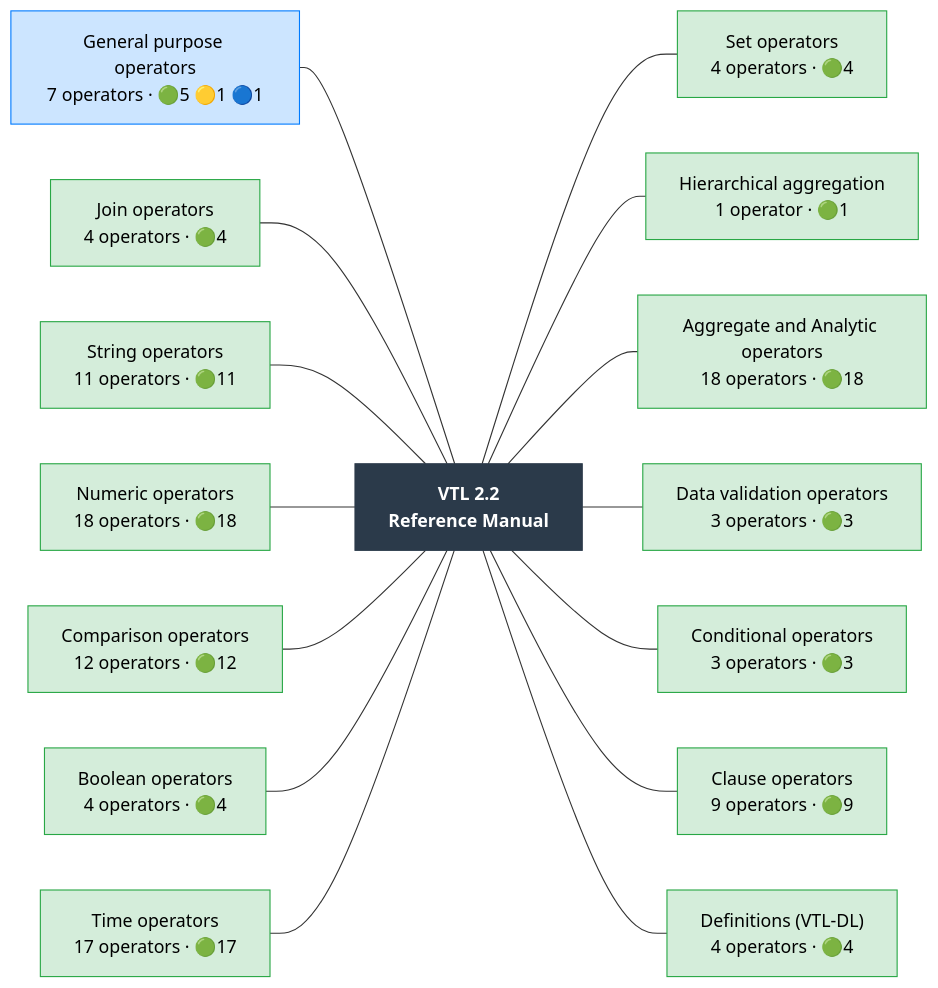
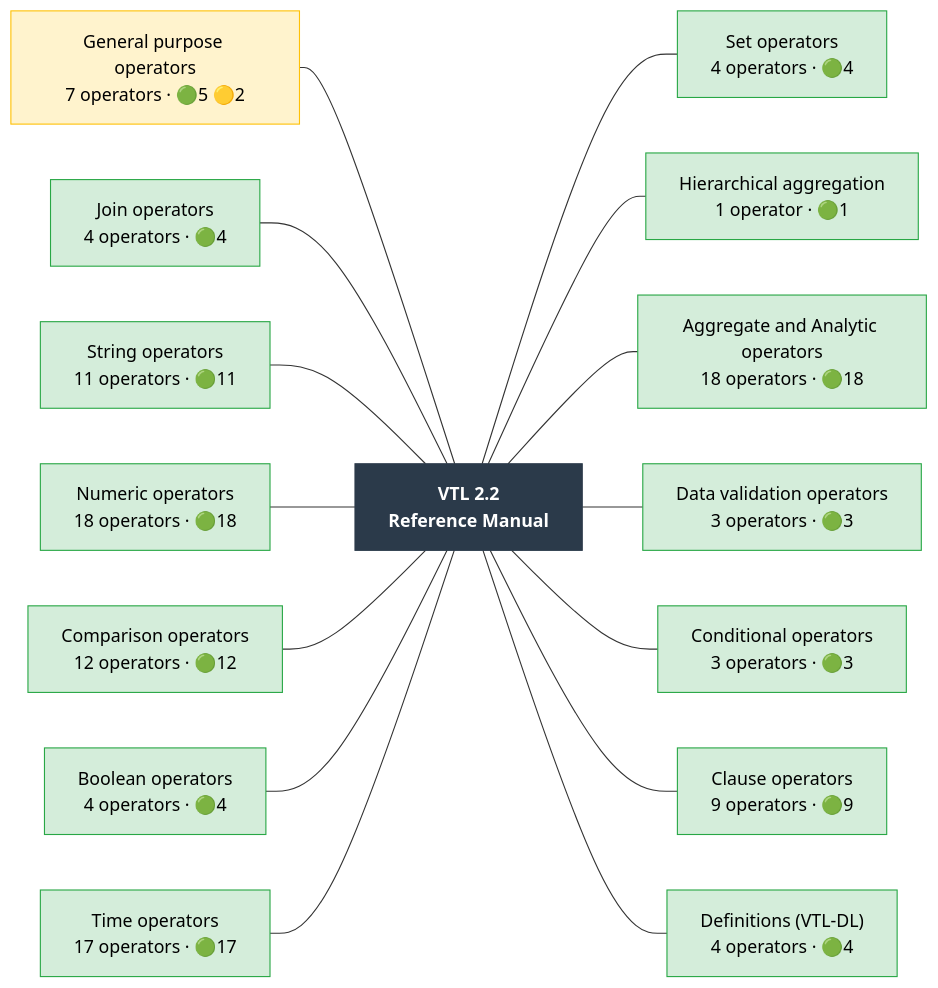
One commit to Meaningful-Data/vtlengine changed the diagram in docs/operator_map/overview.rst. Above: the diagram before and after it, drawn with Mermaid. The commit also changed other lines of this file and 86 other files, not shown here.

```diff
--- a/docs/operator_map/overview.rst
+++ b/docs/operator_map/overview.rst
@@ -17,54 +17,54 @@
 .. mermaid::
    :config: {"flowchart": {"useMaxWidth": false}}
 
    flowchart LR
        classDef ok fill:#d4edda,stroke:#28a745,color:#000
        classDef partial fill:#fff3cd,stroke:#ffc107,color:#000
        classDef refused fill:#d4edda,stroke:#28a745,stroke-width:3px,stroke-dasharray: 2 2,color:#000
        classDef missing fill:#f8d7da,stroke:#dc3545,color:#000
        classDef diverge fill:#cce5ff,stroke:#007bff,color:#000
        classDef block fill:#2b3a4a,stroke:#2b3a4a,color:#fff,font-weight:bold
        classDef ext fill:#fff,stroke:#666,color:#000,stroke-dasharray: 5 5
        R["VTL 2.2<br/>Reference Manual"]:::block
-       chapter__general["General purpose operators<br/>7 operators · 🟢5 🟡1 🔵1"]:::diverge
+       chapter__general["General purpose operators<br/>7 operators · 🟢5 🟡2"]:::partial
        chapter__join["Join operators<br/>4 operators · 🟢4"]:::ok
        chapter__string["String operators<br/>11 operators · 🟢11"]:::ok
        chapter__numeric["Numeric operators<br/>18 operators · 🟢18"]:::ok
        chapter__comparison["Comparison operators<br/>12 operators · 🟢12"]:::ok
        chapter__boolean["Boolean operators<br/>4 operators · 🟢4"]:::ok
        chapter__time["Time operators<br/>17 operators · 🟢17"]:::ok
        chapter__set["Set operators<br/>4 operators · 🟢4"]:::ok
        chapter__hierarchy["Hierarchical aggregation<br/>1 operator · 🟢1"]:::ok
        chapter__aggregate["Aggregate and Analytic operators<br/>18 operators · 🟢18"]:::ok
        chapter__validation["Data validation operators<br/>3 operators · 🟢3"]:::ok
        chapter__conditional["Conditional operators<br/>3 operators · 🟢3"]:::ok
        chapter__clause["Clause operators<br/>9 operators · 🟢9"]:::ok
        chapter__definitions["Definitions (VTL-DL)<br/>4 operators · 🟢4"]:::ok
        chapter__general --- R
        chapter__join --- R
        chapter__string --- R
        chapter__numeric --- R
        chapter__comparison --- R
        chapter__boolean --- R
        chapter__time --- R
        R --- chapter__set
        R --- chapter__hierarchy
        R --- chapter__aggregate
        R --- chapter__validation
        R --- chapter__conditional
        R --- chapter__clause
        R --- chapter__definitions
        click chapter__general href "general/index.html"
        click chapter__join href "join/index.html"
        click chapter__string href "string/index.html"
        click chapter__numeric href "numeric/index.html"
        click chapter__comparison href "comparison/index.html"
        click chapter__boolean href "boolean/index.html"
        click chapter__time href "time/index.html"
        click chapter__set href "set/index.html"
        click chapter__hierarchy href "hierarchy/index.html"
        click chapter__aggregate href "aggregate/index.html"
        click chapter__validation href "validation/index.html"
        click chapter__conditional href "conditional/index.html"
        click chapter__clause href "clause/index.html"
        click chapter__definitions href "definitions/index.html"
```
